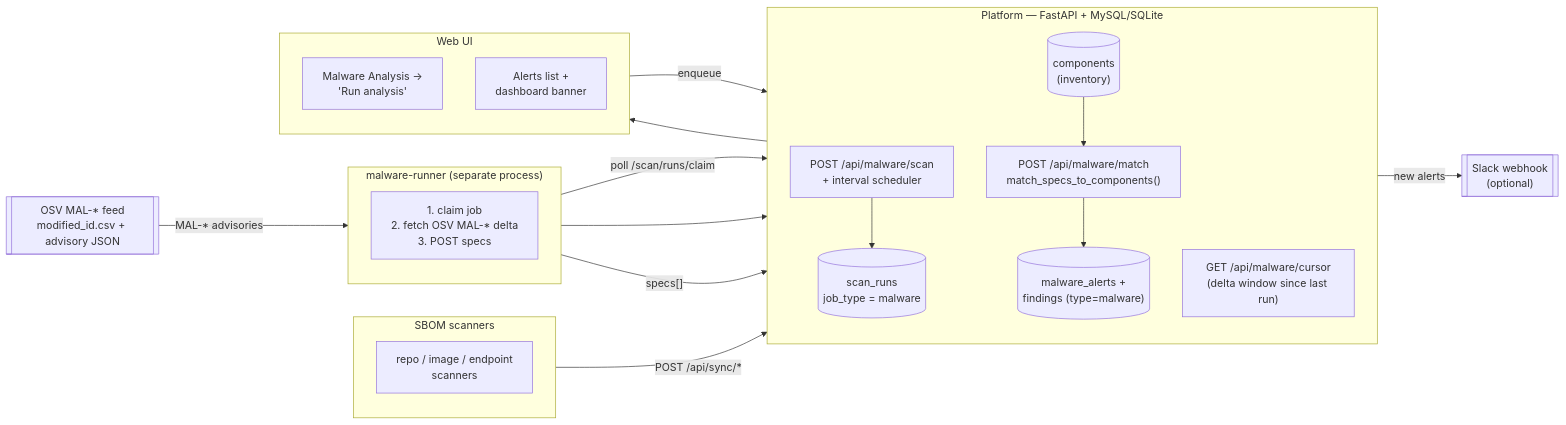
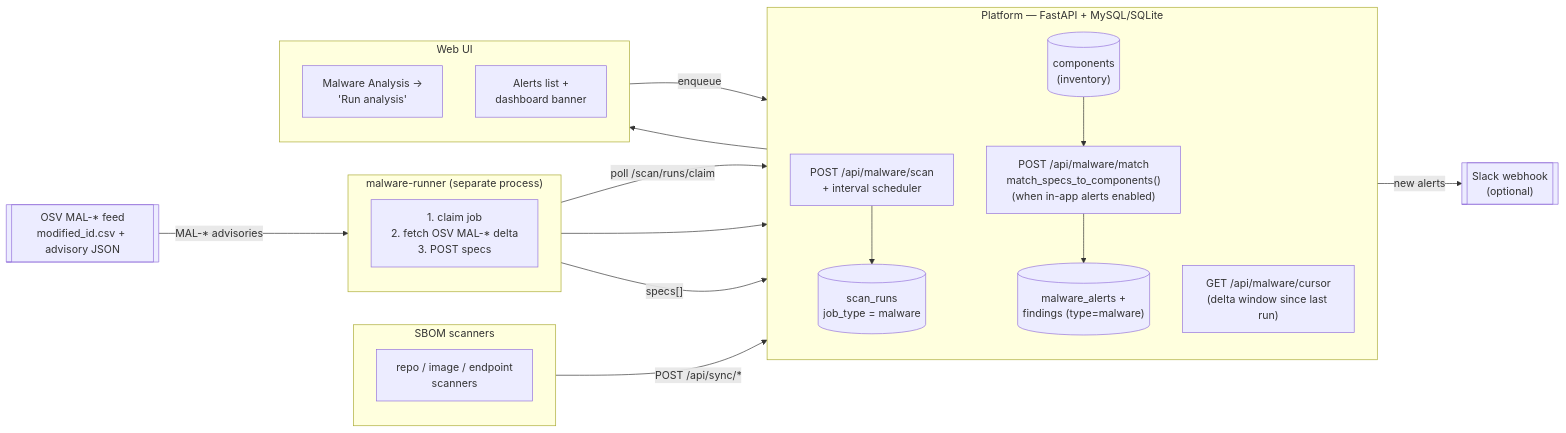
Before and after one commit to suchithnarayan/SupplyDrift: the diagram in platform/docs/malware-analysis.md, drawn with Mermaid. The commit also changed other lines of this file and 17 other files, not shown here.

````diff
--- a/platform/docs/malware-analysis.md
+++ b/platform/docs/malware-analysis.md
@@ -11,47 +11,47 @@
 ```mermaid
 flowchart LR
   %% ---- inventory comes from the normal scanners ----
   subgraph SC["SBOM scanners"]
     direction TB
     S1["repo / image / endpoint<br/>scanners"]
   end
   S1 -->|"POST /api/sync/*"| INV[("components<br/>(inventory)")]
 
   %% ---- the platform ----
   subgraph PF["Platform — FastAPI + MySQL/SQLite"]
     direction TB
     SCAN["POST /api/malware/scan<br/>+ interval scheduler"]
     Q[("scan_runs<br/>job_type = malware")]
     CUR["GET /api/malware/cursor<br/>(delta window since last run)"]
-    MATCH["POST /api/malware/match<br/>match_specs_to_components()"]
+    MATCH["POST /api/malware/match<br/>match_specs_to_components()<br/>(when in-app alerts enabled)"]
     INV
     AL[("malware_alerts +<br/>findings (type=malware)")]
   end
 
   %% ---- the off-platform runner ----
   subgraph RUN["malware-runner (separate process)"]
     direction TB
     MR["1. claim job<br/>2. fetch OSV MAL-* delta<br/>3. POST specs"]
   end
 
   %% ---- externals ----
   OSV[["OSV MAL-* feed<br/>modified_id.csv + advisory JSON"]]
   SLACK[["Slack webhook<br/>(optional)"]]
 
   %% ---- UI ----
   subgraph UI["Web UI"]
     direction TB
     RUNBTN["Malware Analysis →<br/>'Run analysis'"]
     VIEW["Alerts list +<br/>dashboard banner"]
   end
 
   RUNBTN -->|enqueue| SCAN --> Q
   MR -->|"poll /scan/runs/claim"| Q
   MR --> CUR
   OSV -->|"MAL-* advisories"| MR
   MR -->|"specs[]"| MATCH
   INV --> MATCH
   MATCH --> AL
   MATCH -->|"new alerts"| SLACK
   AL --> VIEW
 ```
````
